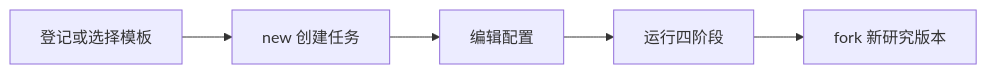
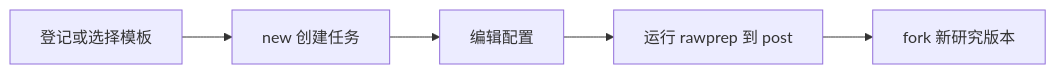
Before and after one commit to qweaxdzsc/AI4E_dojo: the fourth of 4 diagrams in docs/PRD/recipes/aero_cfd/PRD.md, drawn with Mermaid. The commit also changed other lines of this file and 1189 other files, not shown here.

First line of the commit message:
Snapshot the delivered architecture alignment, recipe conventions and new-model work so the local tree can be cloned or pushed.

````diff
--- a/docs/PRD/recipes/aero_cfd/PRD.md
+++ b/docs/PRD/recipes/aero_cfd/PRD.md
@@ -174,4 +175,4 @@
 ```mermaid
 flowchart LR
-  A[登记或选择模板] --> B[new 创建任务] --> C[编辑配置] --> D[运行四阶段] --> E[fork 新研究版本]
+  A[登记或选择模板] --> B[new 创建任务] --> C[编辑配置] --> D[运行 rawprep 到 post] --> E[fork 新研究版本]
 ```
````
